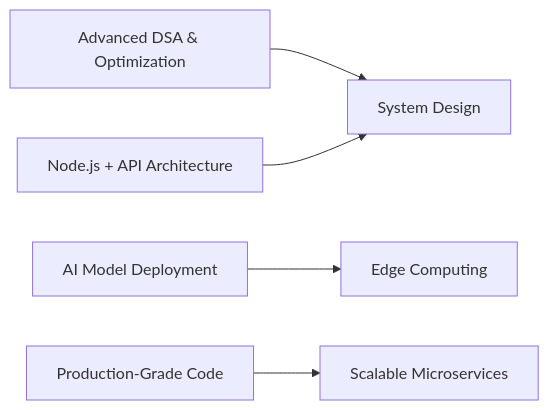
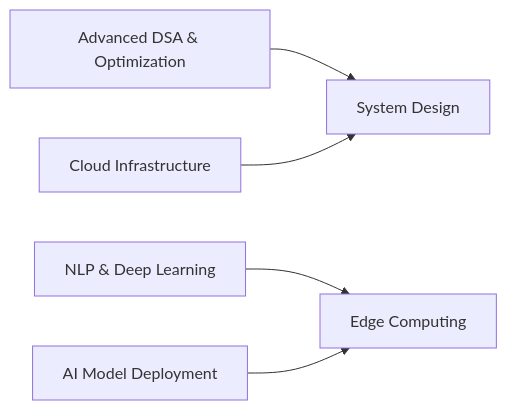
Before and after one commit to SHYAMtheRICHARD/SHYAMtheRICHARD: the diagram in README.md, drawn with Mermaid. The commit also changed other lines of this file, not shown here.

````diff
--- a/README.md
+++ b/README.md
@@ -170,7 +173,7 @@
 ```mermaid
 graph LR
   A[Advanced DSA & Optimization] --> B[System Design]
-  C[Node.js + API Architecture] --> B
-  D[AI Model Deployment] --> E[Edge Computing]
-  F[Production-Grade Code] --> G[Scalable Microservices]
+  C[Cloud Infrastructure] --> B
+  D[NLP & Deep Learning] --> E[Edge Computing]
+  F[AI Model Deployment] --> E
 ```
````
